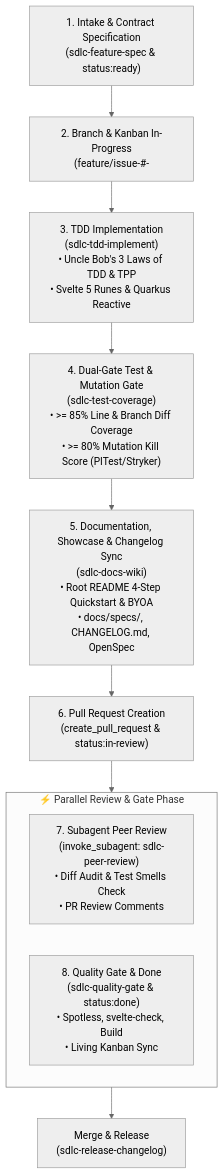
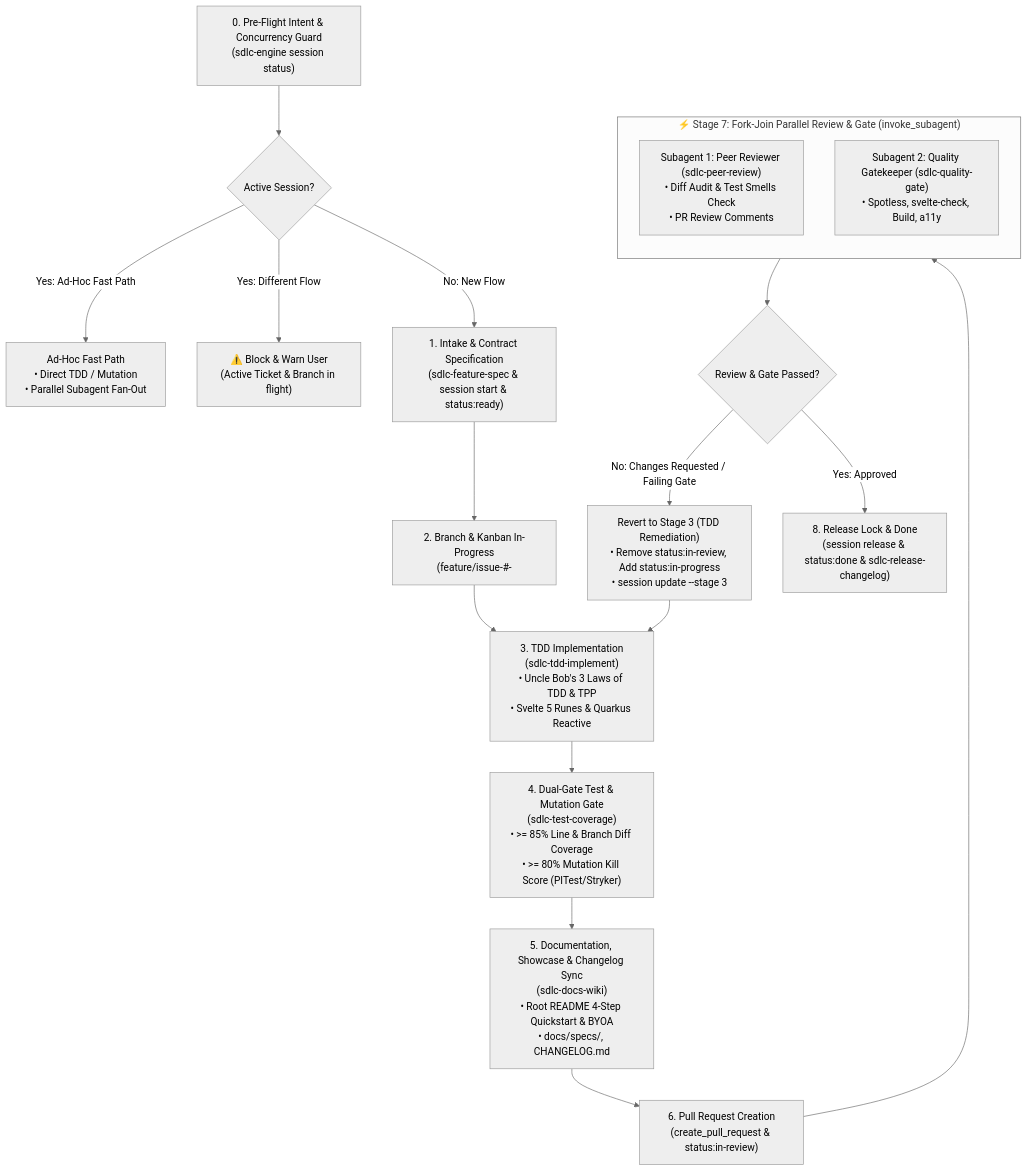
One commit to fmatar/sealit changed the diagram in .agent/skills/sdlc-flow/SKILL.md. Above: the diagram before and after it, drawn with Mermaid (neutral theme). The commit also changed other lines of this file and 12 other files, not shown here.

First line of the commit message:
feat: align 8-stage lifecycle, enhance universal installer, and sync documentation

````diff
--- a/.agent/skills/sdlc-flow/SKILL.md
+++ b/.agent/skills/sdlc-flow/SKILL.md
@@ -17,17 +17,26 @@
 ```mermaid
 flowchart TD
-    S1["1. Intake & Contract Specification\n(sdlc-feature-spec & status:ready)"] --> S2["2. Branch & Kanban In-Progress\n(feature/issue-#<id>-<title> & status:in-progress)"]
+    PreFlight["0. Pre-Flight Intent & Concurrency Guard\n(sdlc-engine session status)"] --> BranchIntent{Active Session?}
+    
+    BranchIntent -->|Yes: Ad-Hoc Fast Path| AdHocFast["Ad-Hoc Fast Path\n• Direct TDD / Mutation\n• Parallel Subagent Fan-Out"]
+    BranchIntent -->|Yes: Different Flow| BlockPrompt["⚠️ Block & Warn User\n(Active Ticket & Branch in flight)"]
+    BranchIntent -->|No: New Flow| S1["1. Intake & Contract Specification\n(sdlc-feature-spec & session start & status:ready)"]
+
+    S1 --> S2["2. Branch & Kanban In-Progress\n(feature/issue-#<id>-<title> & status:in-progress)"]
     S2 --> S3["3. TDD Implementation\n(sdlc-tdd-implement)\n• Uncle Bob's 3 Laws of TDD & TPP\n• Svelte 5 Runes & Quarkus Reactive"]
     S3 --> S4["4. Dual-Gate Test & Mutation Gate\n(sdlc-test-coverage)\n• >= 85% Line & Branch Diff Coverage\n• >= 80% Mutation Kill Score (PITest/Stryker)"]
-    S4 --> S5["5. Documentation, Showcase & Changelog Sync\n(sdlc-docs-wiki)\n• Root README 4-Step Quickstart & BYOA\n• docs/specs/, CHANGELOG.md, OpenSpec"]
+    S4 --> S5["5. Documentation, Showcase & Changelog Sync\n(sdlc-docs-wiki)\n• Root README 4-Step Quickstart & BYOA\n• docs/specs/, CHANGELOG.md"]
     S5 --> S6["6. Pull Request Creation\n(create_pull_request & status:in-review)"]
     
-    subgraph ParallelReview ["⚡ Parallel Review & Gate Phase"]
-        direction LR
-        S7["7. Subagent Peer Review\n(invoke_subagent: sdlc-peer-review)\n• Diff Audit & Test Smells Check\n• PR Review Comments"]
-        S8["8. Quality Gate & Done\n(sdlc-quality-gate & status:done)\n• Spotless, svelte-check, Build\n• Living Kanban Sync"]
+    subgraph ParallelForkJoin ["⚡ Stage 7: Fork-Join Parallel Review & Gate (invoke_subagent)"]
+        direction TB
+        F1["Subagent 1: Peer Reviewer (sdlc-peer-review)\n• Diff Audit & Test Smells Check\n• PR Review Comments"]
+        F2["Subagent 2: Quality Gatekeeper (sdlc-quality-gate)\n• Spotless, svelte-check, Build, a11y"]
     end
     
-    S6 --> ParallelReview
-    ParallelReview --> Done["Merge & Release\n(sdlc-release-changelog)"]
+    S6 --> ParallelForkJoin
+    ParallelForkJoin --> ReviewGateCheck{Review & Gate Passed?}
+    ReviewGateCheck -->|No: Changes Requested / Failing Gate| RevertLoop["Revert to Stage 3 (TDD Remediation)\n• Remove status:in-review, Add status:in-progress\n• session update --stage 3"]
+    RevertLoop --> S3
+    ReviewGateCheck -->|Yes: Approved| Done["8. Release Lock & Done\n(session release & status:done & sdlc-release-changelog)"]
 ```
````
